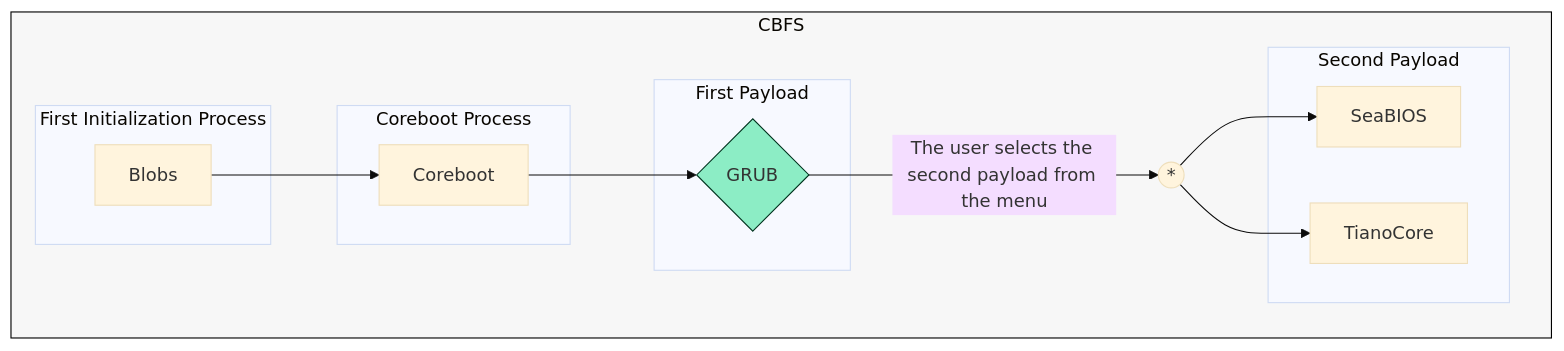
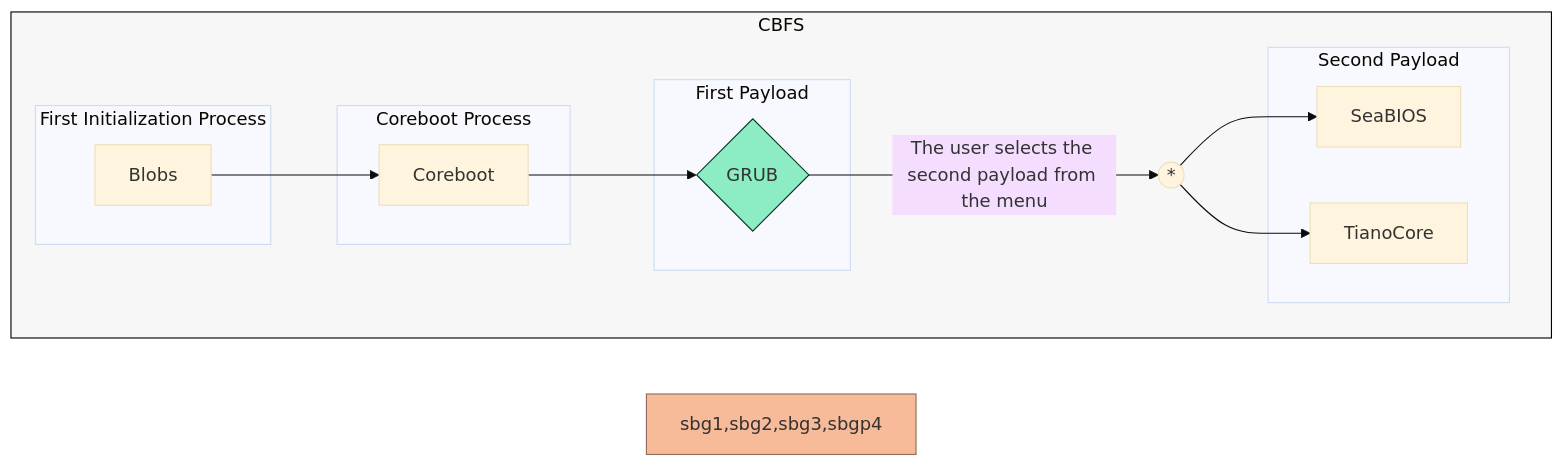
One commit to Ch3ckm4t3C1ph3r/Lenovo-Ideapad-320-14ISK-_Coreboot-Adaptation_ changed the diagram in README.md. Above: the diagram before and after it, drawn with Mermaid (base theme).

Commit message:
Update flowchart styles and subgraph naming

````diff
--- a/README.md
+++ b/README.md
@@ -104,33 +104,34 @@
 ```mermaid
 flowchart LR;
     %% Definition of style of each element by id
     style cbfs fill:#f7f7f7,stroke:#000000,stroke-width:1px;
     style p1 fill:#8CEDC5,stroke:#00331E,stroke-width:1px
+    style sbg1,sbg2,sbg3,sbgp4 fill:#F7BB99,stroke:#8F6C59,stroke-width:1px
     
     subgraph cbfs[CBFS]
         direction LR
 
         %% Not publicly documented boot process
         subgraph sbg1[First Initialization Process]
         Blobs
         end
 
         Blobs --> Coreboot
 
         subgraph sbg2[Coreboot Process]
         Coreboot
         end
     
         Coreboot-->p1{GRUB}
     
         subgraph sbg3[First Payload]
         p1{GRUB}
         end
     
         p1{GRUB}--The user selects the second payload from the menu-->UNION((*))-->p2_1[SeaBIOS] & p2_2[TianoCore]
     
-        subgraph Second Payload
+        subgraph sbg4[Second Payload]
         p2_1[SeaBIOS] & p2_2[TianoCore]
         end
     end
 ```
````
